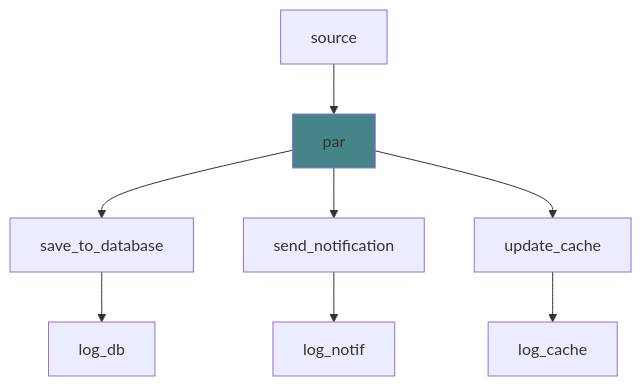
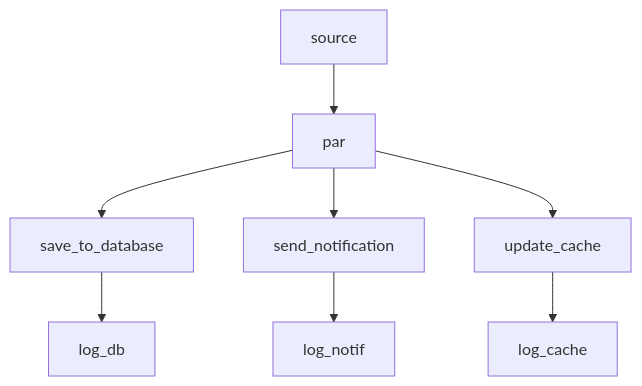
One commit to IsaacTay/akayu changed the second of 9 diagrams in docs/features/concurrency.md. Above: the diagram before and after it, drawn with Mermaid. The commit also changed other lines of this file and 8 other files, not shown here.

````diff
--- a/docs/features/concurrency.md
+++ b/docs/features/concurrency.md
@@ -74,12 +74,10 @@
 ```mermaid
 flowchart TD
-    S[source] --> P[par]
-    P --> DB[save_to_database]
-    P --> N[send_notification]
-    P --> C[update_cache]
-    DB --> L1[log_db]
-    N --> L2[log_notif]
-    C --> L3[log_cache]
-
-    style P fill:#458588
+    S[source]:::source --> P[par]:::process
+    P --> DB[save_to_database]:::process
+    P --> N[send_notification]:::process
+    P --> C[update_cache]:::process
+    DB --> L1[log_db]:::sink
+    N --> L2[log_notif]:::sink
+    C --> L3[log_cache]:::sink
 ```
````
